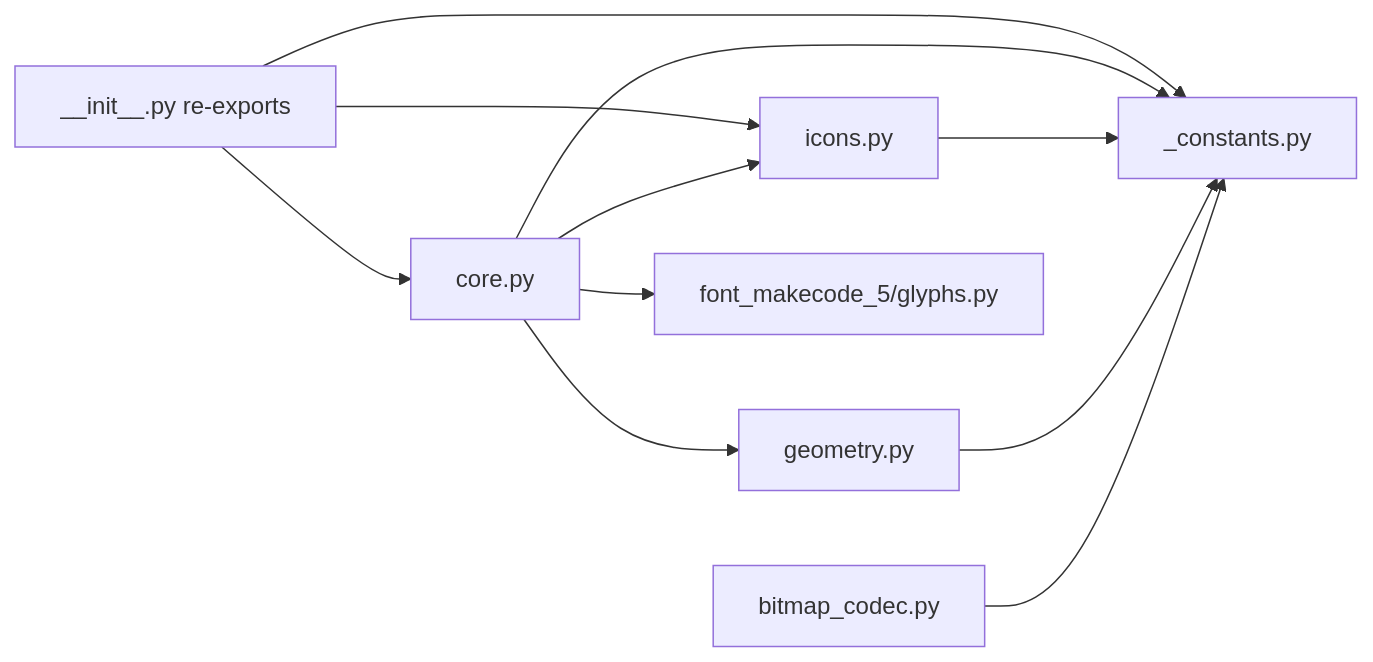
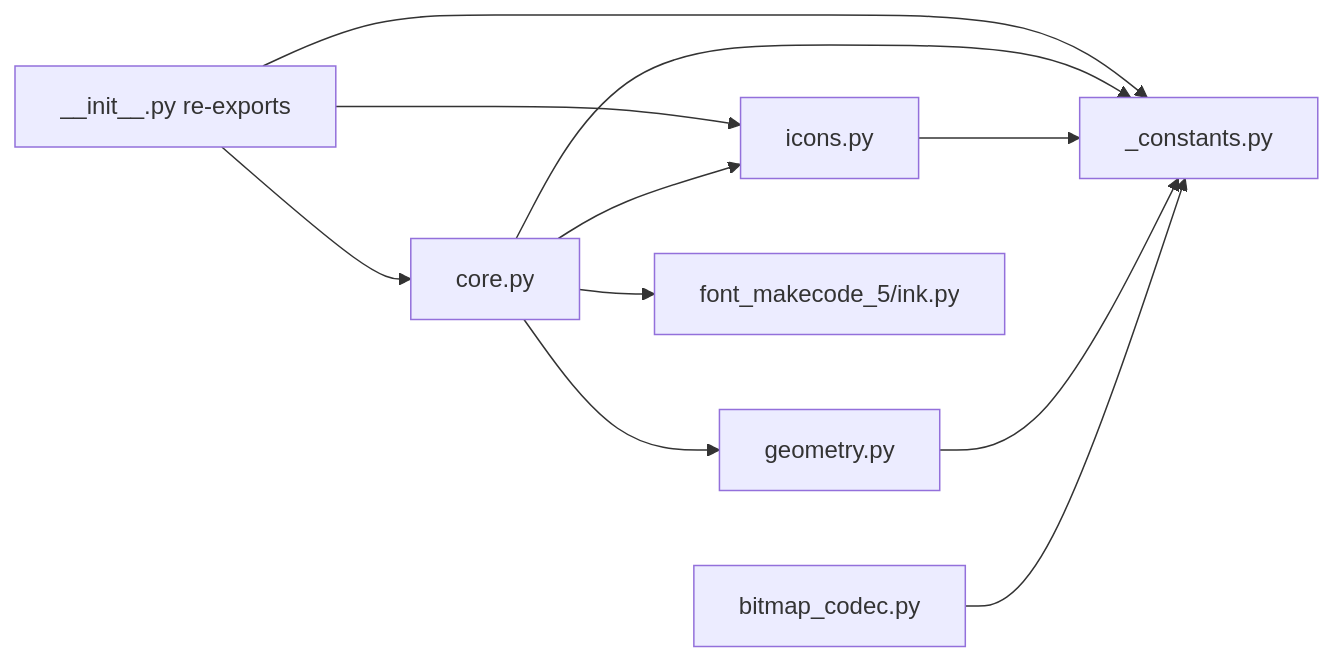
The diagram in 2026-09_Exp16_BPI-Bit-S2_CircuitPy_PlanetX/lib/display/README.md (AlexHentschel/circuitpython-experiments), drawn with Mermaid before and after one commit. The commit also changed other lines of this file and 21 other files, not shown here.

````diff
--- a/2026-09_Exp16_BPI-Bit-S2_CircuitPy_PlanetX/lib/display/README.md
+++ b/2026-09_Exp16_BPI-Bit-S2_CircuitPy_PlanetX/lib/display/README.md
@@ -289,20 +289,20 @@
 ```mermaid
 flowchart LR
   init[__init__.py re-exports]
   const[_constants.py]
   codec[bitmap_codec.py]
   geom[geometry.py]
   icons[icons.py]
   core[core.py]
-  font[font_makecode_5/glyphs.py]
+  font[font_makecode_5/ink.py]
   codec --> const
   geom --> const
   icons --> const
   core --> const
   core --> geom
   core --> icons
   core --> font
   init --> const
   init --> icons
   init --> core
 ```
````
